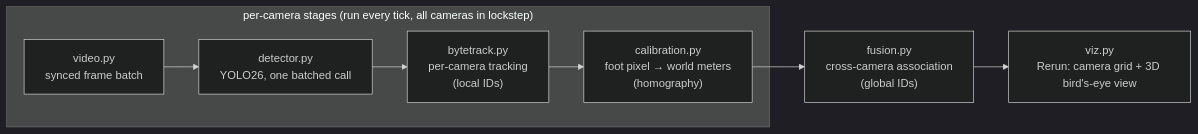
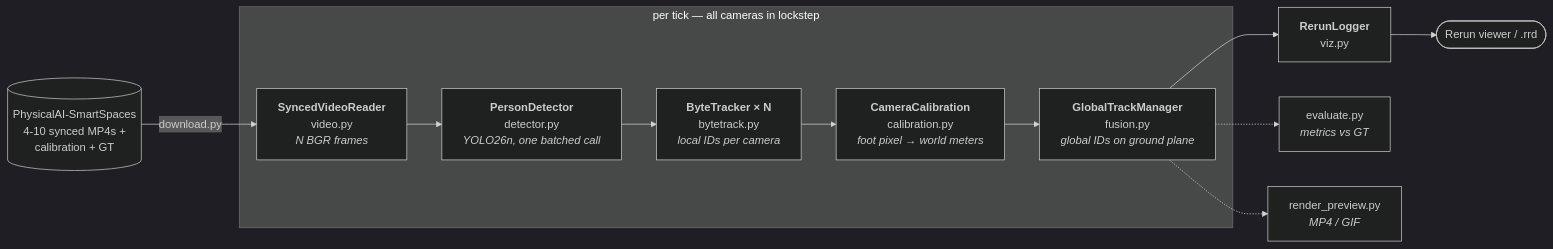
Before and after one commit to hahoangtuanhung-hust/Multi-Camera-Tracking: the first of 2 diagrams in README.md, drawn with Mermaid (dark theme). The commit also changed other lines of this file and 3 other files, not shown here.

First line of the commit message:
Professional README: architecture section, live viewer screenshot, config reference

````diff
--- a/README.md
+++ b/README.md
@@ -50,10 +93,17 @@
 ```mermaid
 flowchart LR
-    subgraph "per-camera stages (run every tick, all cameras in lockstep)"
-        V["video.py<br/>synced frame batch"] --> D["detector.py<br/>YOLO26, one batched call"]
-        D --> T["bytetrack.py<br/>per-camera tracking<br/>(local IDs)"]
-        T --> C["calibration.py<br/>foot pixel → world meters<br/>(homography)"]
+    subgraph tick ["per tick — all cameras in lockstep"]
+        V["<b>SyncedVideoReader</b><br/>video.py<br/><i>N BGR frames</i>"]
+        D["<b>PersonDetector</b><br/>detector.py<br/><i>YOLO26n, one batched call</i>"]
+        T["<b>ByteTracker × N</b><br/>bytetrack.py<br/><i>local IDs per camera</i>"]
+        P["<b>CameraCalibration</b><br/>calibration.py<br/><i>foot pixel → world meters</i>"]
+        F["<b>GlobalTrackManager</b><br/>fusion.py<br/><i>global IDs on ground plane</i>"]
+        V --> D --> T --> P --> F
     end
-    C --> F["fusion.py<br/>cross-camera association<br/>(global IDs)"]
-    F --> R["viz.py<br/>Rerun: camera grid + 3D bird's-eye view"]
+
+    DS[("PhysicalAI-SmartSpaces<br/>4-10 synced MP4s +<br/>calibration + GT")] -->|download.py| V
+    F --> RL["<b>RerunLogger</b><br/>viz.py"]
+    RL --> RV(["Rerun viewer / .rrd"])
+    F -.-> EV["evaluate.py<br/><i>metrics vs GT</i>"]
+    F -.-> RP["render_preview.py<br/><i>MP4 / GIF</i>"]
 ```
````
